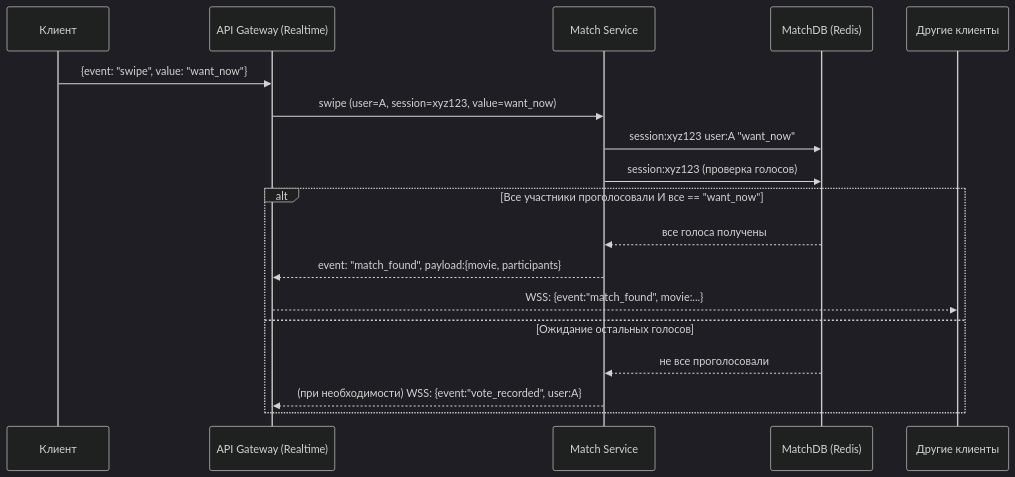
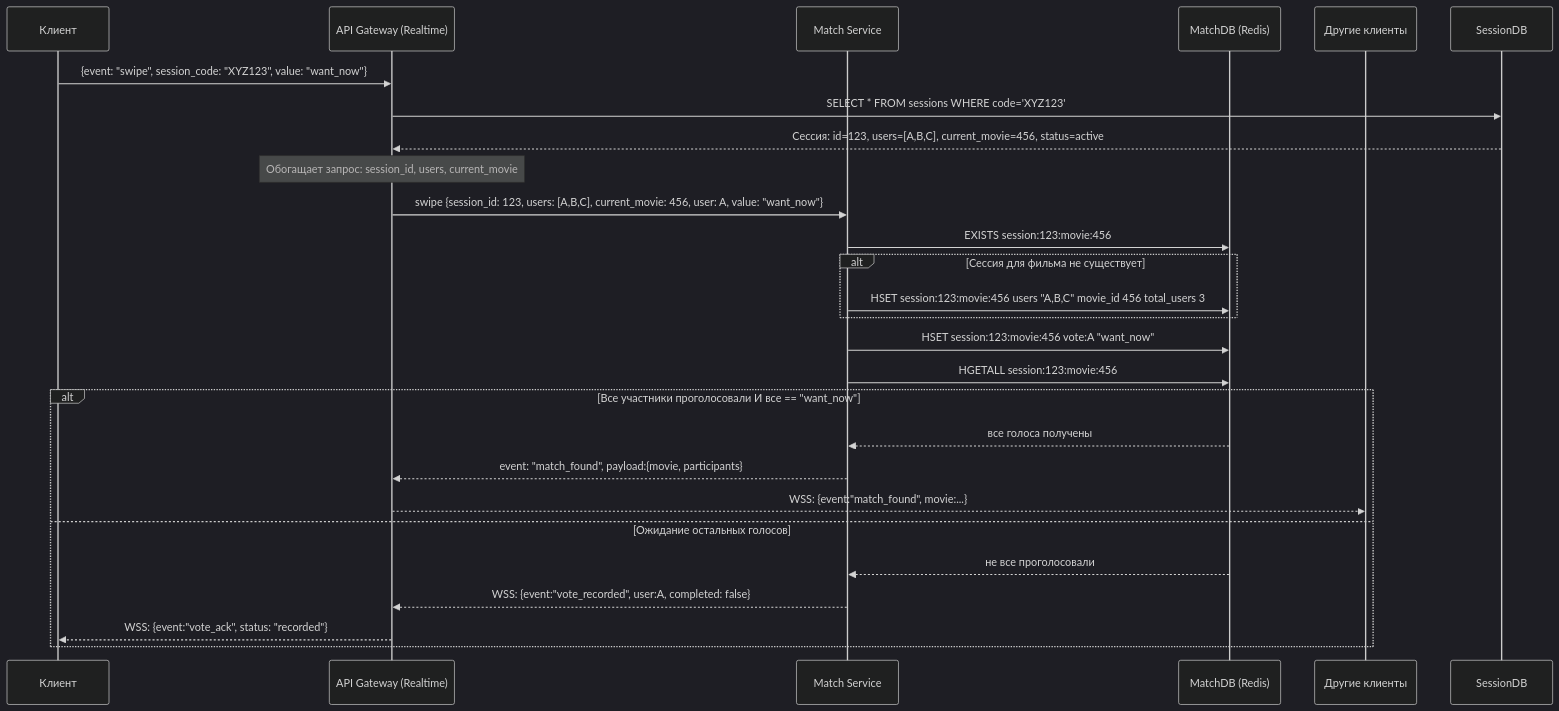
One commit to spbu-ds-practicum-2025/dodep changed the fourth of 6 diagrams in docs/tr.md. Above: the diagram before and after it, drawn with Mermaid (dark theme). The commit also changed other lines of this file, not shown here.

````diff
--- a/docs/tr.md
+++ b/docs/tr.md
@@ -217,21 +220,29 @@
 ```mermaid
 sequenceDiagram
   participant Client as Клиент
   participant Gateway as API Gateway (Realtime)
   participant MatchSvc as Match Service
   participant MatchDB as MatchDB (Redis)
   participant OtherClients as Другие клиенты
 
-  Client->>Gateway: {event: "swipe", value: "want_now"}
-  Gateway->>MatchSvc: swipe (user=A, session=xyz123, value=want_now)
-  MatchSvc->>MatchDB: session:xyz123 user:A "want_now"
-  MatchSvc->>MatchDB: session:xyz123 (проверка голосов)
+  Client->>Gateway: {event: "swipe", session_code: "XYZ123", value: "want_now"}
+  Gateway->>SessionDB: SELECT * FROM sessions WHERE code='XYZ123'
+  SessionDB-->>Gateway: Сессия: id=123, users=[A,B,C], current_movie=456, status=active
+  Note over Gateway: Обогащает запрос: session_id, users, current_movie
+  Gateway->>MatchSvc: swipe {session_id: 123, users: [A,B,C], current_movie: 456, user: A, value: "want_now"}
+  MatchSvc->>MatchDB: EXISTS session:123:movie:456
+  alt Сессия для фильма не существует
+    MatchSvc->>MatchDB: HSET session:123:movie:456 users "A,B,C" movie_id 456 total_users 3
+  end
+  MatchSvc->>MatchDB: HSET session:123:movie:456 vote:A "want_now"
+  MatchSvc->>MatchDB: HGETALL session:123:movie:456
   alt Все участники проголосовали И все == "want_now"
     MatchDB-->>MatchSvc: все голоса получены
     MatchSvc-->>Gateway: event: "match_found", payload:{movie, participants}
     Gateway-->>OtherClients: WSS: {event:"match_found", movie:...}
   else Ожидание остальных голосов
     MatchDB-->>MatchSvc: не все проголосовали
-    MatchSvc-->>Gateway: (при необходимости) WSS: {event:"vote_recorded", user:A}
+     MatchSvc-->>Gateway: WSS: {event:"vote_recorded", user:A, completed: false}
+     Gateway-->>Client: WSS: {event:"vote_ack", status: "recorded"}
   end
 ```
````
